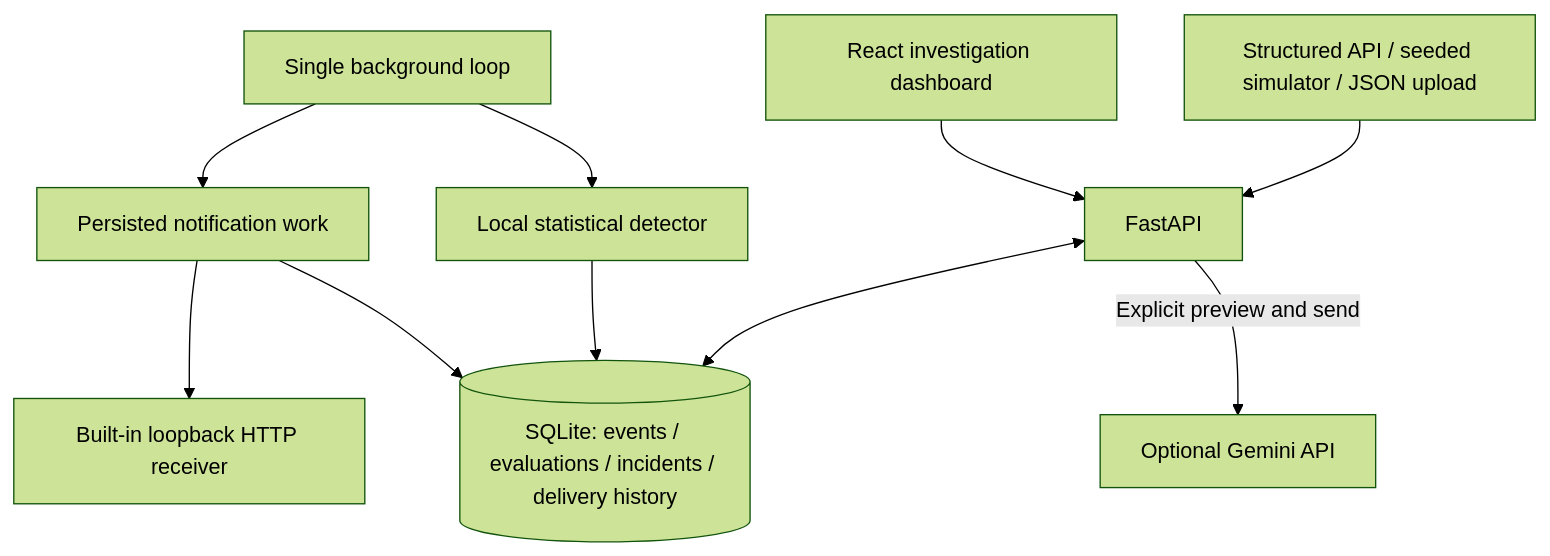
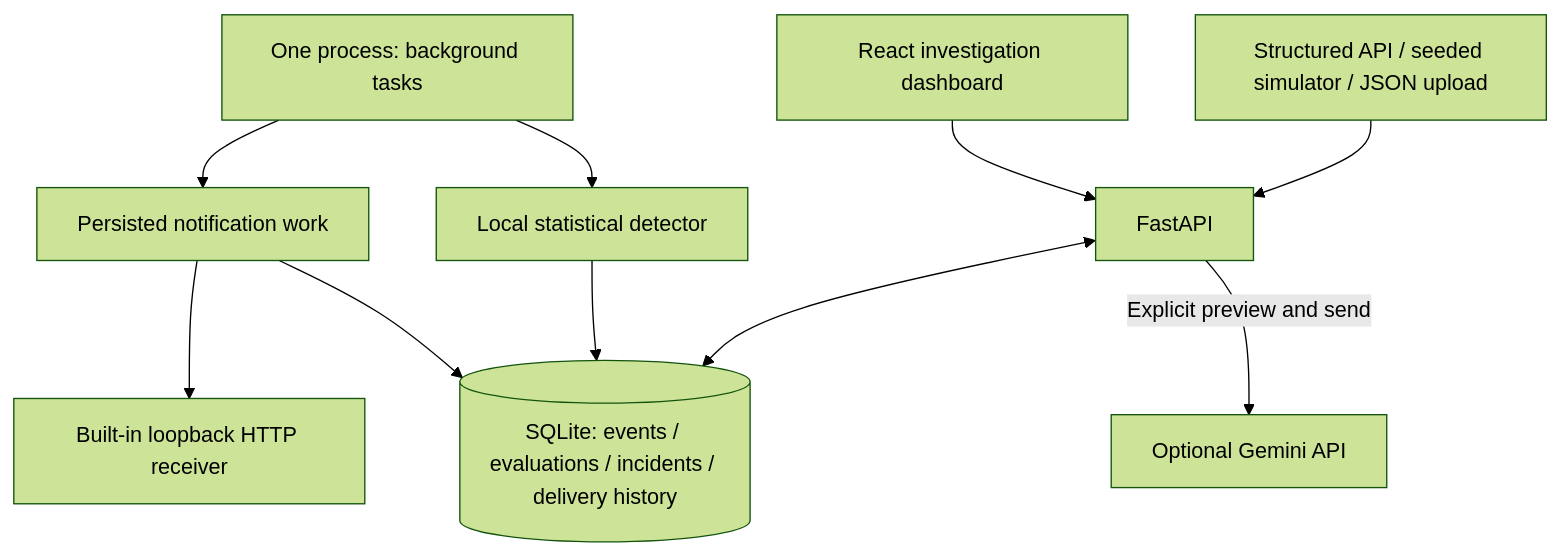
The diagram in docs/presentation.md (junaidk14/log-watchdog), drawn with Mermaid (forest theme) before and after one commit. The commit also changed other lines of this file and 24 other files, not shown here.

````diff
--- a/docs/presentation.md
+++ b/docs/presentation.md
@@ -45,12 +45,12 @@
 ```mermaid
 flowchart TB
     Inputs[Structured API / seeded simulator / JSON upload] --> API[FastAPI]
     React[React investigation dashboard] --> API
     API <--> DB[(SQLite: events / evaluations / incidents / delivery history)]
-    Worker[Single background loop] --> Detect[Local statistical detector]
+    Worker[One process: background tasks] --> Detect[Local statistical detector]
     Detect --> DB
     Worker --> Deliver[Persisted notification work]
     Deliver --> Receiver[Built-in loopback HTTP receiver]
     Deliver --> DB
     API -->|Explicit preview and send| LLM[Optional Gemini API]
 ```
````
